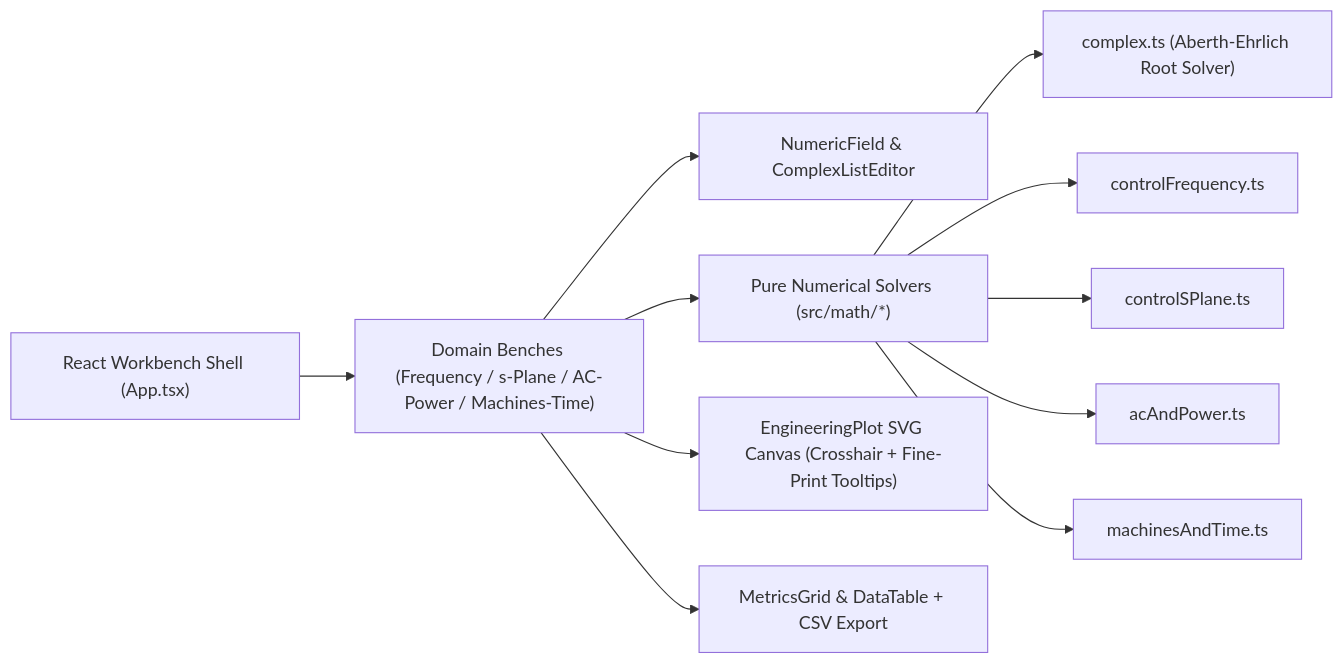
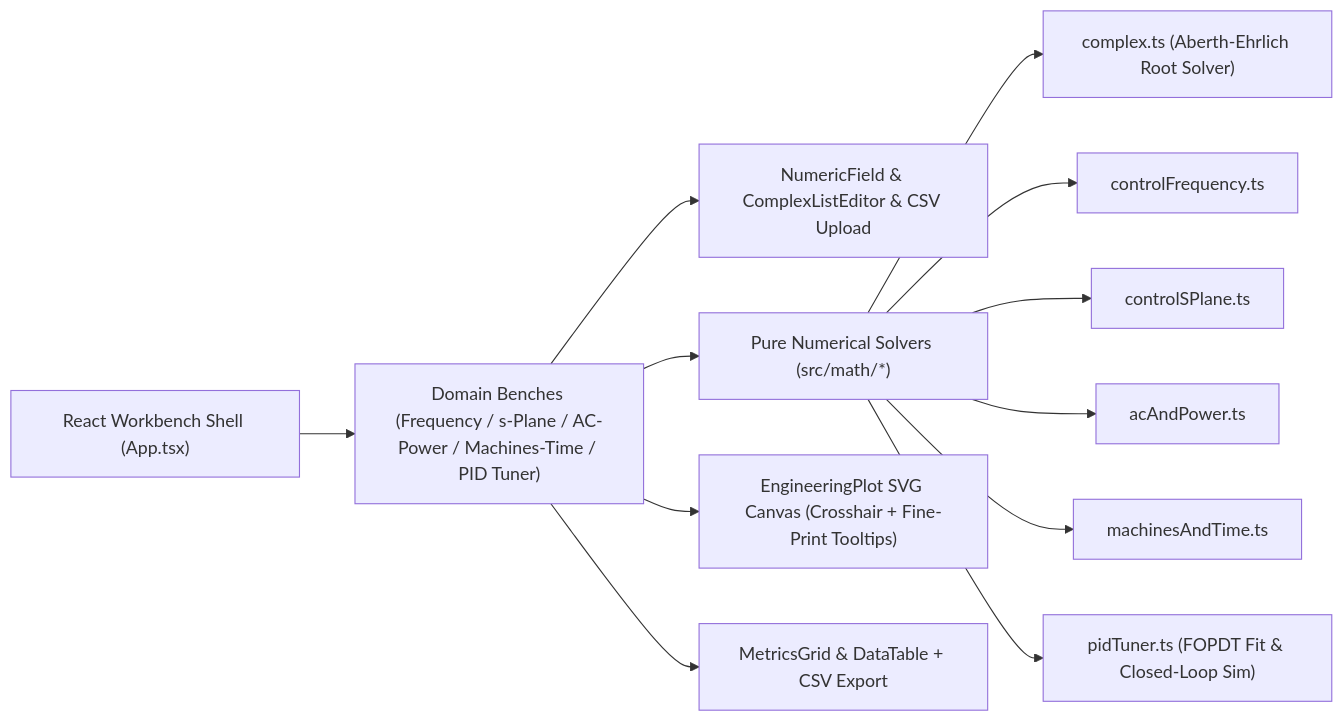
Before and after one commit to nirmalya-panigrahi/Control-Engg-Bench: the diagram in README.md, drawn with Mermaid. The commit also changed other lines of this file and 7 other files, not shown here.

First line of the commit message:
feat: add PID Auto-Tuner and CSV step analysis

````diff
--- a/README.md
+++ b/README.md
@@ -35,13 +36,14 @@
 ```mermaid
 flowchart LR
-  UI["React Workbench Shell (App.tsx)"] --> Inst["Domain Benches (Frequency / s-Plane / AC-Power / Machines-Time)"]
-  Inst --> Inputs["NumericField & ComplexListEditor"]
+  UI["React Workbench Shell (App.tsx)"] --> Inst["Domain Benches (Frequency / s-Plane / AC-Power / Machines-Time / PID Tuner)"]
+  Inst --> Inputs["NumericField & ComplexListEditor & CSV Upload"]
   Inst --> Solvers["Pure Numerical Solvers (src/math/*)"]
   Solvers --> Complex["complex.ts (Aberth-Ehrlich Root Solver)"]
   Solvers --> Freq["controlFrequency.ts"]
   Solvers --> SPlane["controlSPlane.ts"]
   Solvers --> ACPower["acAndPower.ts"]
   Solvers --> Mach["machinesAndTime.ts"]
+  Solvers --> Pid["pidTuner.ts (FOPDT Fit & Closed-Loop Sim)"]
   Inst --> Plot["EngineeringPlot SVG Canvas (Crosshair + Fine-Print Tooltips)"]
   Inst --> Readout["MetricsGrid & DataTable + CSV Export"]
 ```
````
